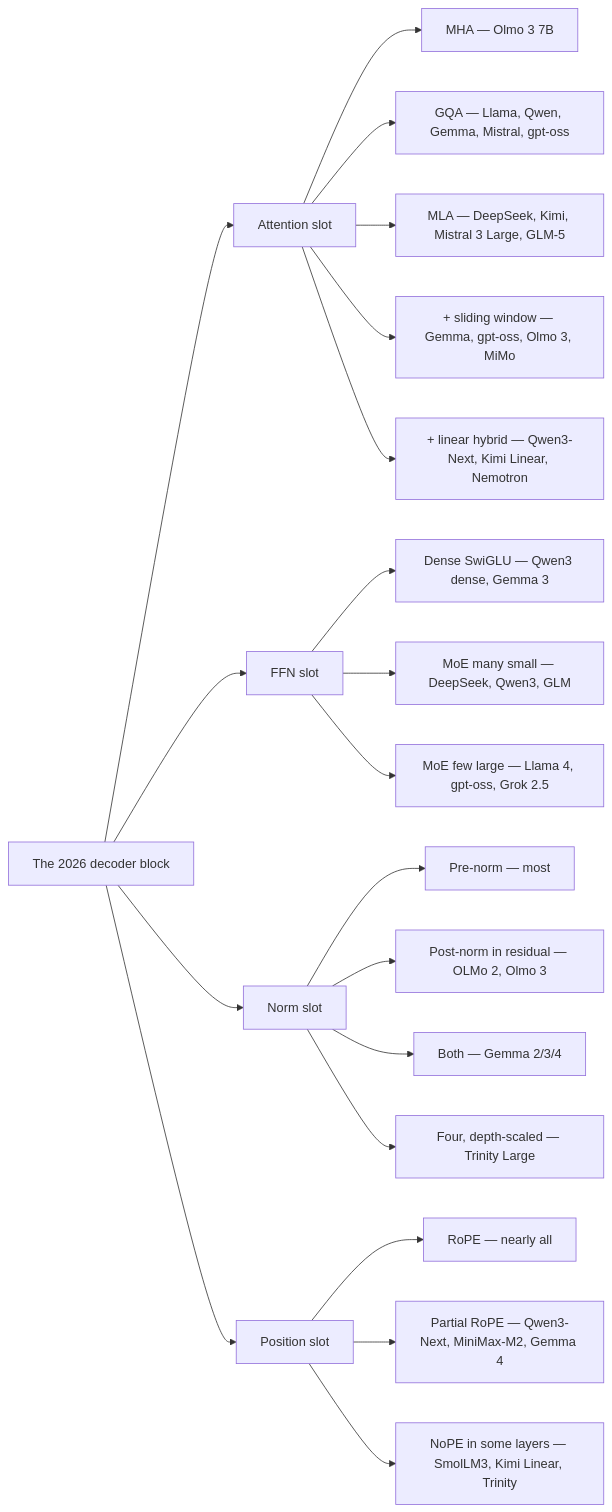
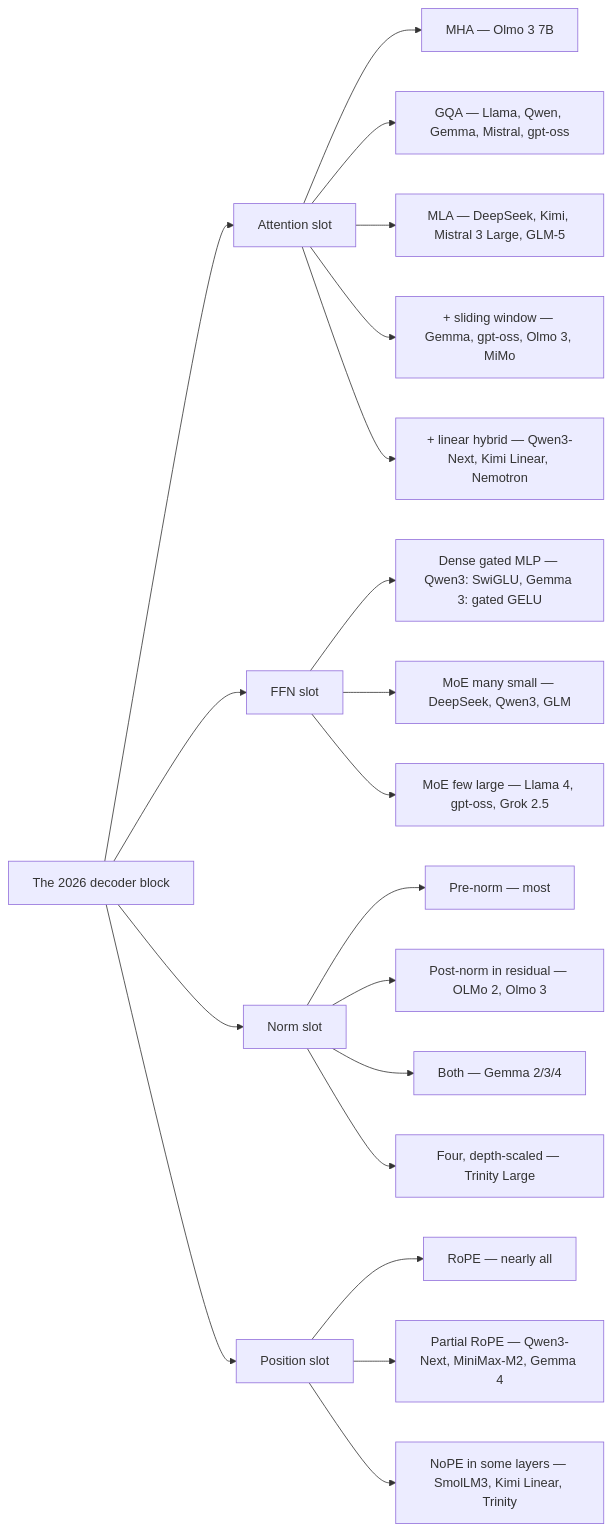
One commit to alliedbrother/ml-interview-notes changed the first of 2 diagrams in content/courses/transformers/15-modern-architecture-case-studies.md. Above: the diagram before and after it, drawn with Mermaid. The commit also changed other lines of this file and 217 other files, not shown here.

````diff
--- a/content/courses/transformers/15-modern-architecture-case-studies.md
+++ b/content/courses/transformers/15-modern-architecture-case-studies.md
@@ -329,22 +329,22 @@
 ```mermaid
 flowchart LR
     ROOT["The 2026 decoder block"] --> ATT["Attention slot"]
     ROOT --> FFN["FFN slot"]
     ROOT --> NORM["Norm slot"]
     ROOT --> POS["Position slot"]
     ATT --> A1["MHA — Olmo 3 7B"]
     ATT --> A2["GQA — Llama, Qwen, Gemma, Mistral, gpt-oss"]
     ATT --> A3["MLA — DeepSeek, Kimi, Mistral 3 Large, GLM-5"]
     ATT --> A4["+ sliding window — Gemma, gpt-oss, Olmo 3, MiMo"]
     ATT --> A5["+ linear hybrid — Qwen3-Next, Kimi Linear, Nemotron"]
-    FFN --> F1["Dense SwiGLU — Qwen3 dense, Gemma 3"]
+    FFN --> F1["Dense gated MLP — Qwen3: SwiGLU, Gemma 3: gated GELU"]
     FFN --> F2["MoE many small — DeepSeek, Qwen3, GLM"]
     FFN --> F3["MoE few large — Llama 4, gpt-oss, Grok 2.5"]
     NORM --> N1["Pre-norm — most"]
     NORM --> N2["Post-norm in residual — OLMo 2, Olmo 3"]
     NORM --> N3["Both — Gemma 2/3/4"]
     NORM --> N4["Four, depth-scaled — Trinity Large"]
     POS --> P1["RoPE — nearly all"]
     POS --> P2["Partial RoPE — Qwen3-Next, MiniMax-M2, Gemma 4"]
     POS --> P3["NoPE in some layers — SmolLM3, Kimi Linear, Trinity"]
 ```
````
